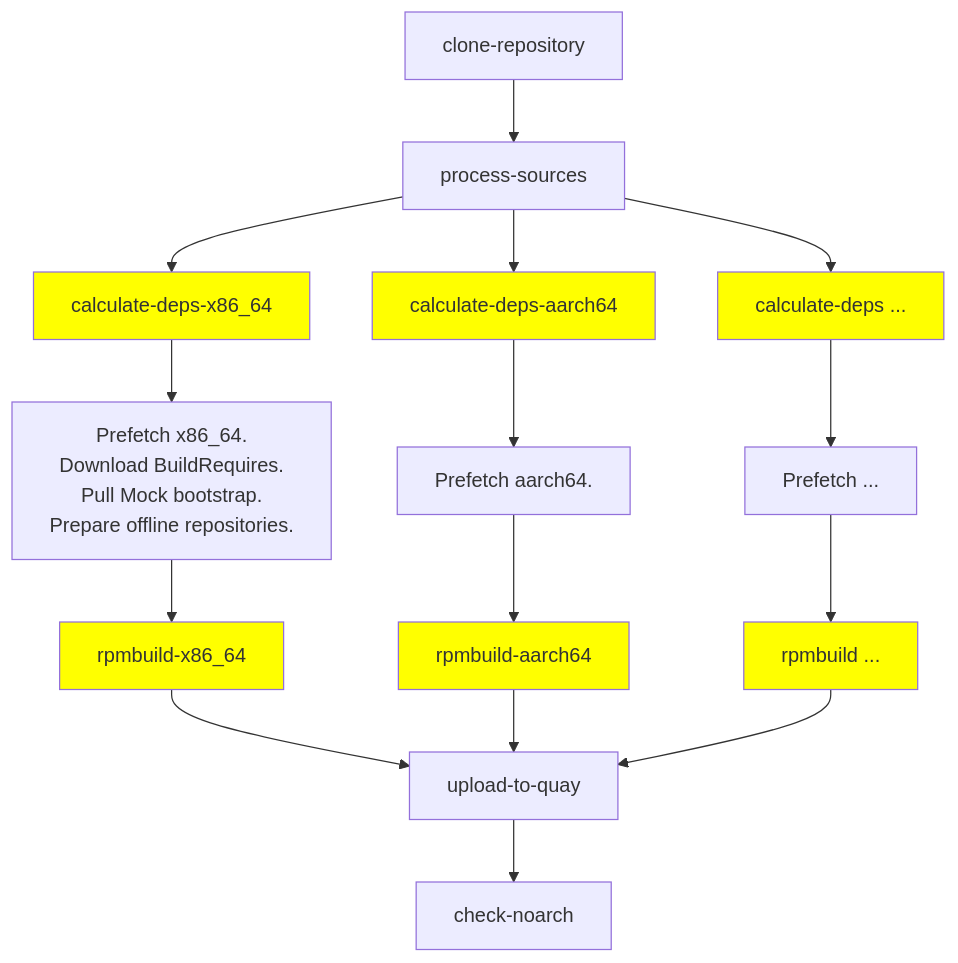
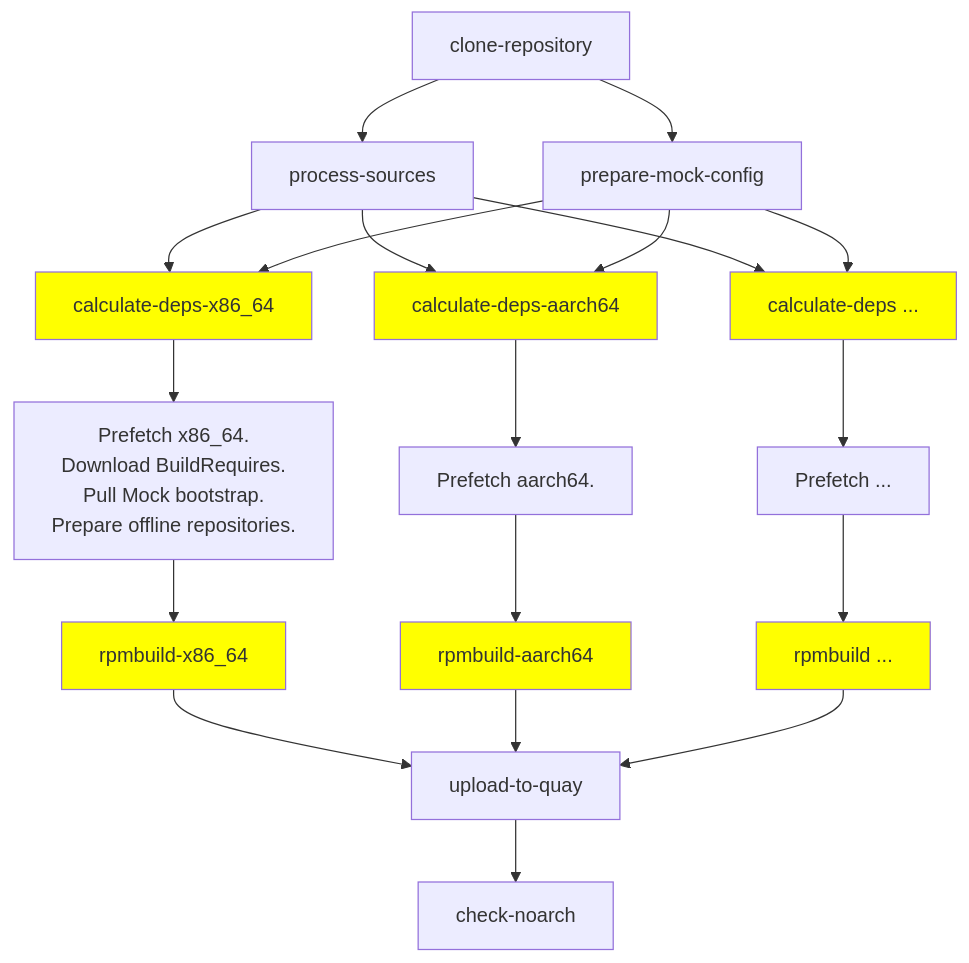
Before and after one commit to nmirasch/rpmbuild-pipeline: the diagram in docs/architecture.md, drawn with Mermaid. The commit also changed other lines of this file and 1 other file, not shown here.

Commit message:
Sync architecture.md with what we really have

````diff
--- a/docs/architecture.md
+++ b/docs/architecture.md
@@ -22,29 +22,34 @@
 ```mermaid
 graph TD
 
   clone_repository[clone-repository] --> get_sources[process-sources]
+  clone_repository[clone-repository] --> prepare_mock_config[prepare-mock-config]
 
   get_sources --> nosrpm_a[calculate-deps-x86_64]:::ARCH
   get_sources --> nosrpm_b[calculate-deps-aarch64]:::ARCH
   get_sources --> nosrpm_c[calculate-deps ...]:::ARCH
+
+  prepare_mock_config --> nosrpm_a
+  prepare_mock_config --> nosrpm_b
+  prepare_mock_config --> nosrpm_c
 
   nosrpm_a --> prefetch_a[Prefetch x86_64.
     Download BuildRequires.
     Pull Mock bootstrap.
     Prepare offline repositories.]
   prefetch_a --> build_a[rpmbuild-x86_64]:::ARCH
 
   nosrpm_b --> prefetch_b[Prefetch aarch64.]
   prefetch_b --> build_b[rpmbuild-aarch64]:::ARCH
 
   nosrpm_c --> prefetch_c[Prefetch ...]
   prefetch_c --> build_c[rpmbuild ...]:::ARCH
 
   build_a --> Upload[upload-to-quay]
   build_b --> Upload
   build_c --> Upload
 
   Upload --> check_noarch[check-noarch]
 
   classDef ARCH fill:yellow
 ```
````
